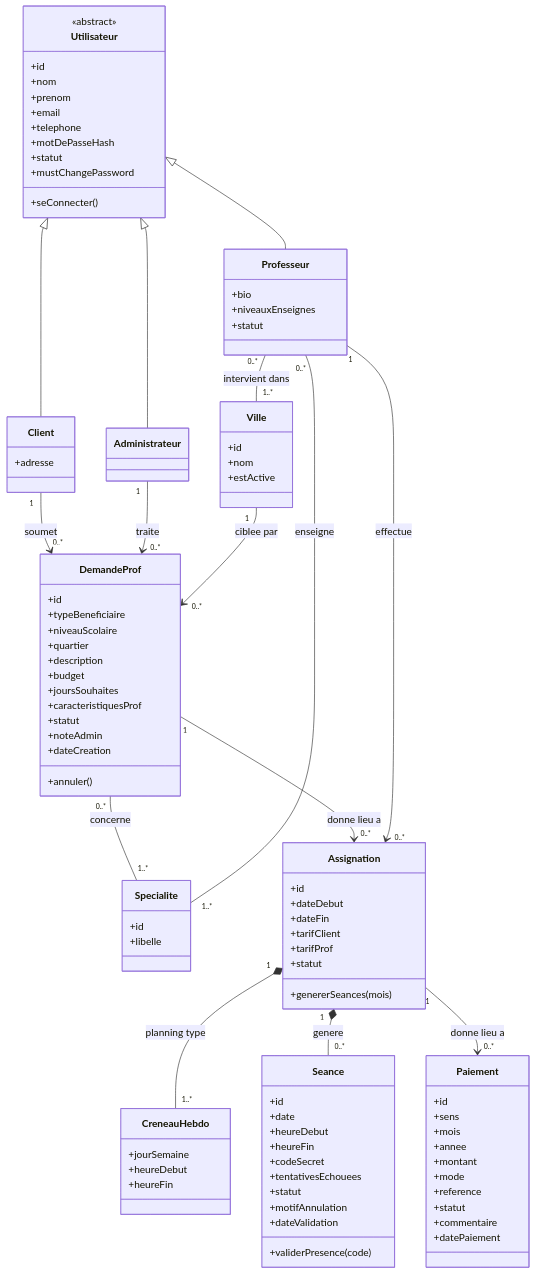
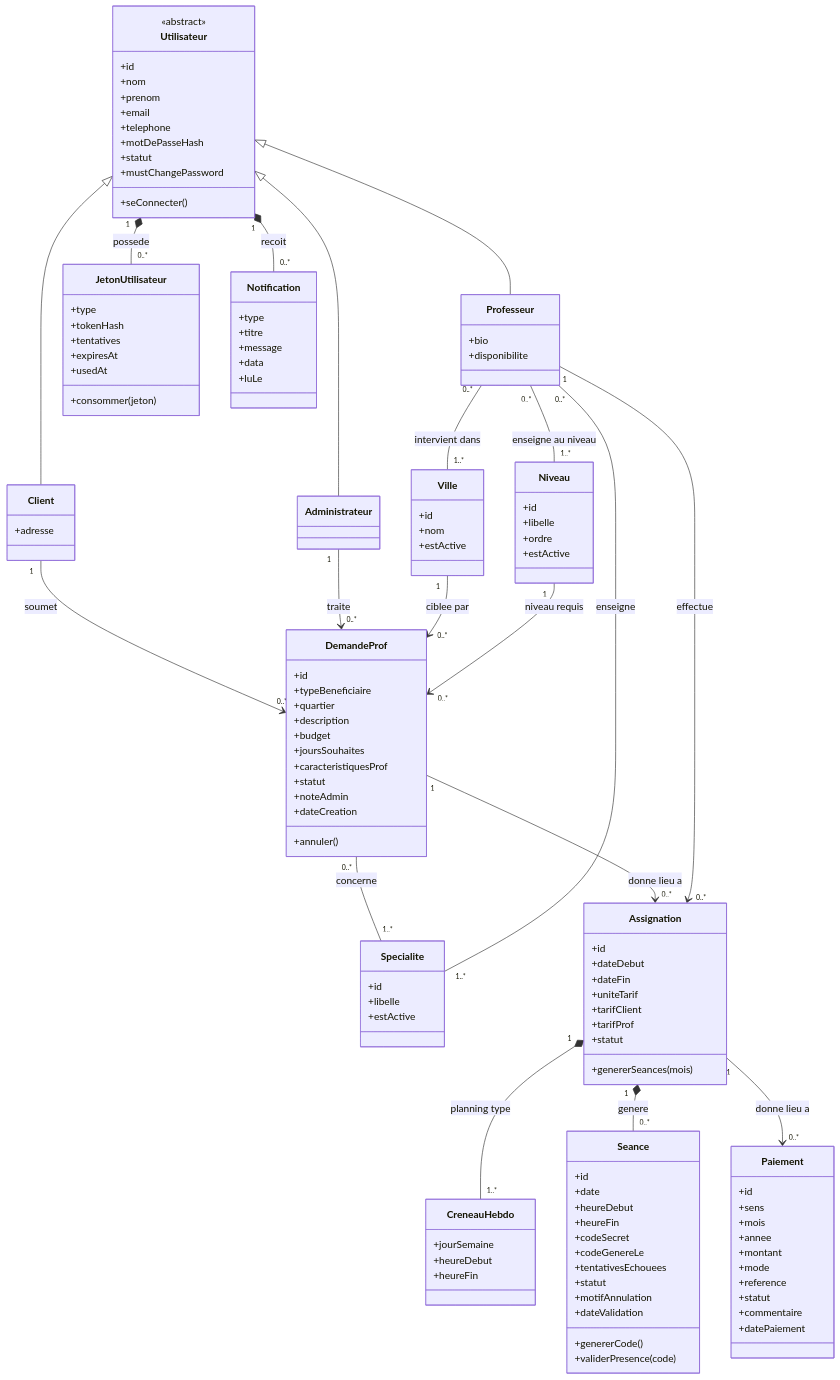
Before and after one commit to VOGLOSSOU/AlloProf-Backend: the diagram in alloprof_diagramme_classes.mmd, drawn with Mermaid. The commit also changed 3 other files, not shown here.

```diff
--- a/alloprof_diagramme_classes.mmd
+++ b/alloprof_diagramme_classes.mmd
@@ -1,101 +1,128 @@
 classDiagram
 direction TB
 
 class Utilisateur {
   <<abstract>>
   +id
   +nom
   +prenom
   +email
   +telephone
   +motDePasseHash
   +statut
   +mustChangePassword
   +seConnecter()
 }
 class Administrateur {
 }
 class Client {
   +adresse
 }
 class Professeur {
   +bio
-  +niveauxEnseignes
-  +statut
+  +disponibilite
+}
+class JetonUtilisateur {
+  +type
+  +tokenHash
+  +tentatives
+  +expiresAt
+  +usedAt
+  +consommer(jeton)
+}
+class Notification {
+  +type
+  +titre
+  +message
+  +data
+  +luLe
 }
 class Ville {
   +id
   +nom
   +estActive
 }
 class Specialite {
   +id
   +libelle
+  +estActive
+}
+class Niveau {
+  +id
+  +libelle
+  +ordre
+  +estActive
 }
 class DemandeProf {
   +id
   +typeBeneficiaire
-  +niveauScolaire
   +quartier
   +description
   +budget
   +joursSouhaites
   +caracteristiquesProf
   +statut
   +noteAdmin
   +dateCreation
   +annuler()
 }
 class Assignation {
   +id
   +dateDebut
   +dateFin
+  +uniteTarif
   +tarifClient
   +tarifProf
   +statut
   +genererSeances(mois)
 }
 class CreneauHebdo {
   +jourSemaine
   +heureDebut
   +heureFin
 }
 class Seance {
   +id
   +date
   +heureDebut
   +heureFin
   +codeSecret
+  +codeGenereLe
   +tentativesEchouees
   +statut
   +motifAnnulation
   +dateValidation
+  +genererCode()
   +validerPresence(code)
 }
 class Paiement {
   +id
   +sens
   +mois
   +annee
   +montant
   +mode
   +reference
   +statut
   +commentaire
   +datePaiement
 }
 
 Utilisateur <|-- Administrateur
 Utilisateur <|-- Client
 Utilisateur <|-- Professeur
+Utilisateur "1" *-- "0..*" JetonUtilisateur : possede
+Utilisateur "1" *-- "0..*" Notification : recoit
 Client "1" --> "0..*" DemandeProf : soumet
 Administrateur "1" --> "0..*" DemandeProf : traite
 Ville "1" --> "0..*" DemandeProf : ciblee par
+Niveau "1" --> "0..*" DemandeProf : niveau requis
 DemandeProf "0..*" -- "1..*" Specialite : concerne
 Professeur "0..*" -- "1..*" Specialite : enseigne
 Professeur "0..*" -- "1..*" Ville : intervient dans
+Professeur "0..*" -- "1..*" Niveau : enseigne au niveau
 DemandeProf "1" --> "0..*" Assignation : donne lieu a
 Professeur "1" --> "0..*" Assignation : effectue
 Assignation "1" *-- "1..*" CreneauHebdo : planning type
 Assignation "1" *-- "0..*" Seance : genere
 Assignation "1" --> "0..*" Paiement : donne lieu a
```
